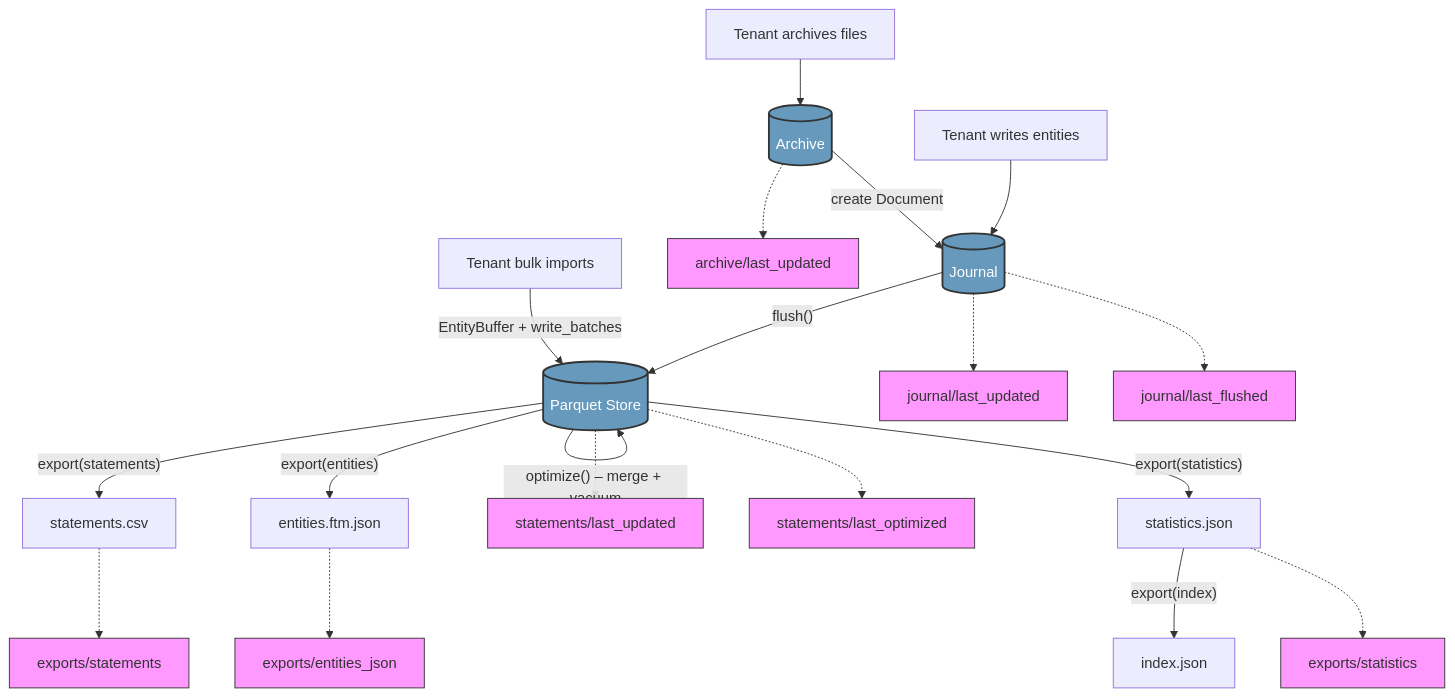
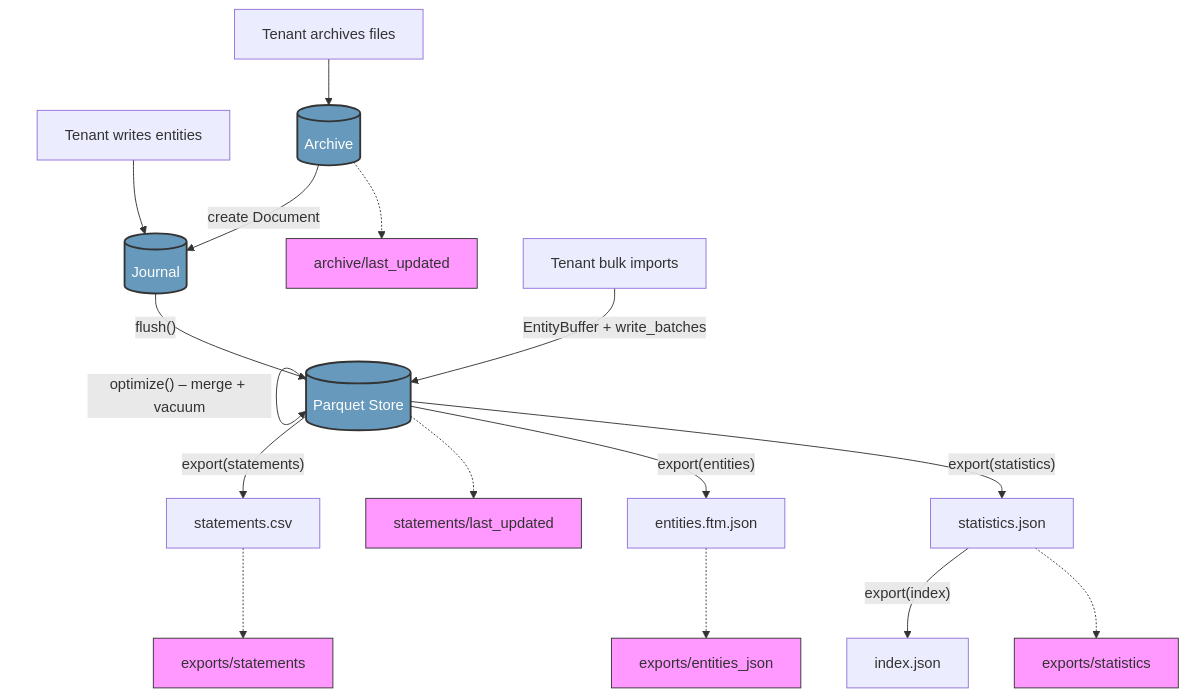
Before and after one commit to openaleph/ftm-lakehouse: the second of 2 diagrams in docs/architecture.md, drawn with Mermaid. The commit also changed other lines of this file and 10 other files, not shown here.

````diff
--- a/docs/architecture.md
+++ b/docs/architecture.md
@@ -346,30 +346,27 @@
 ```mermaid
 flowchart TD
     A[Tenant writes entities] --> B[(Journal)]
     A2[Tenant archives files] --> AR[(Archive)]
     AR -.-> T0[archive/last_updated]
     AR --> |"create Document"| B
 
     B --> |"flush()"| C[(Parquet Store)]
     A3[Tenant bulk imports] --> |"EntityBuffer + write_batches"| C
 
     C --> |"optimize() – merge + vacuum"| C
 
     C --> |"export(statements)"| D[statements.csv]
     C --> |"export(entities)"| E[entities.ftm.json]
     C --> |"export(statistics)"| F[statistics.json]
     F --> |"export(index)"| G[index.json]
 
-    B -.-> T1[journal/last_updated]
-    B -.-> T1b[journal/last_flushed]
     C -.-> T2[statements/last_updated]
-    C -.-> T2a[statements/last_optimized]
     D -.-> T3[exports/statements]
     E -.-> T4[exports/entities_json]
     F -.-> T5[exports/statistics]
 
     classDef tag fill:#f9f,stroke:#333,stroke-width:1px
     classDef storage fill:#69b,stroke:#333,stroke-width:2px,color:#fff
-    class T0,T1,T1b,T2,T2a,T3,T4,T5 tag
+    class T0,T2,T3,T4,T5 tag
     class B,C,AR storage
 ```
````
